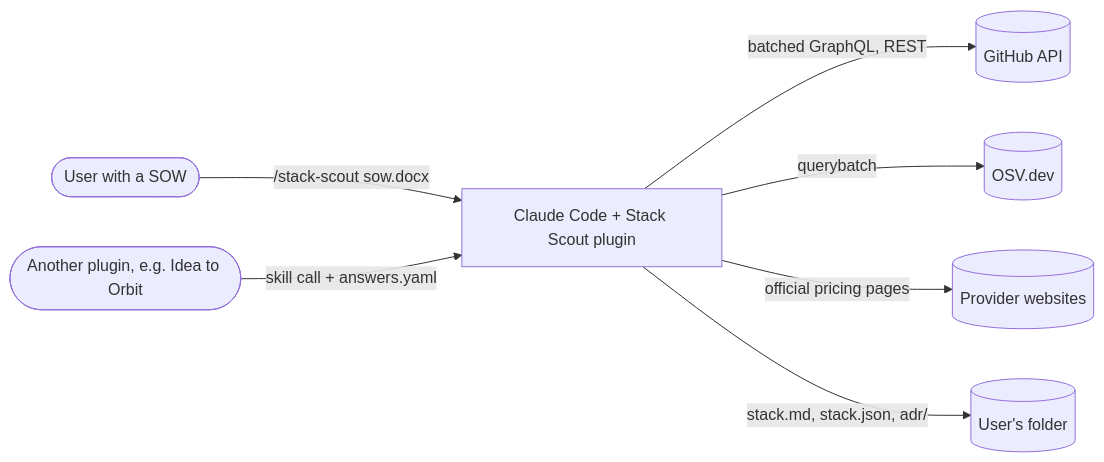
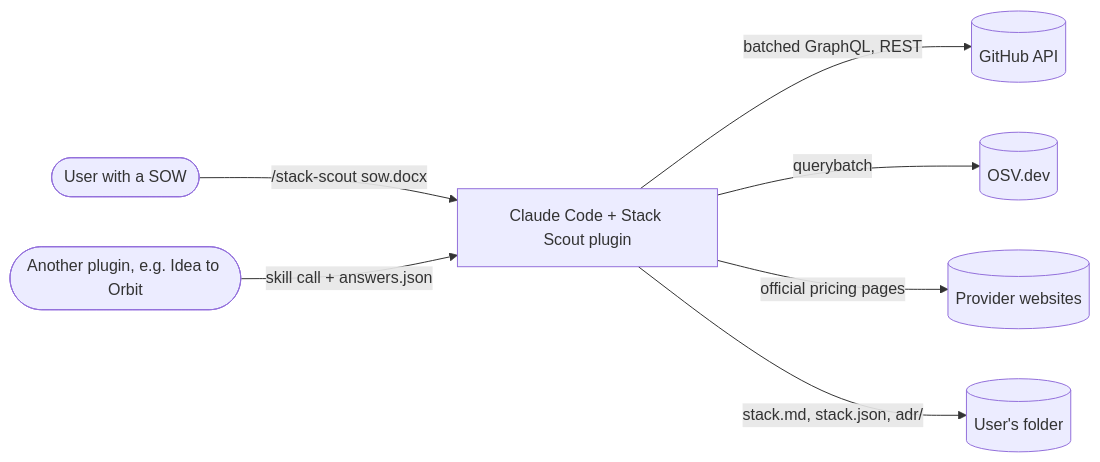
The first of 3 diagrams in docs/orbit/architecture.md (TechNaom/stack-scout), drawn with Mermaid before and after one commit. The commit also changed other lines of this file and 3 other files, not shown here.

Commit message:
Blueprint: cold read answered in architecture.md (JSON not YAML, schemas first, guard enforced in code, named parts); waiting for the owner's approval

````diff
--- a/docs/orbit/architecture.md
+++ b/docs/orbit/architecture.md
@@ -18,9 +18,9 @@
 ```mermaid
 flowchart LR
   user([User with a SOW]) -->|/stack-scout sow.docx| cc[Claude Code + Stack Scout plugin]
-  caller([Another plugin, e.g. Idea to Orbit]) -->|skill call + answers.yaml| cc
+  caller([Another plugin, e.g. Idea to Orbit]) -->|skill call + answers.json| cc
   cc -->|batched GraphQL, REST| gh[(GitHub API)]
   cc -->|querybatch| osv[(OSV.dev)]
   cc -->|official pricing pages| web[(Provider websites)]
   cc -->|stack.md, stack.json, adr/| out[(User's folder)]
 ```
````
